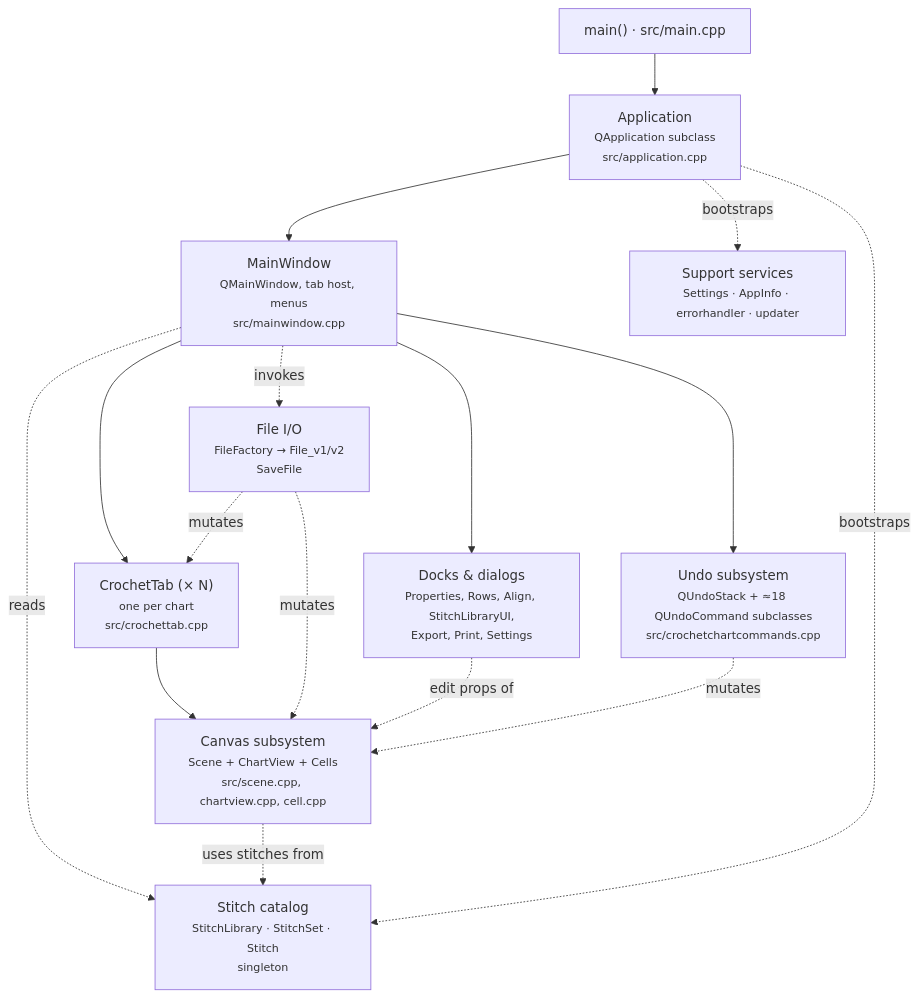
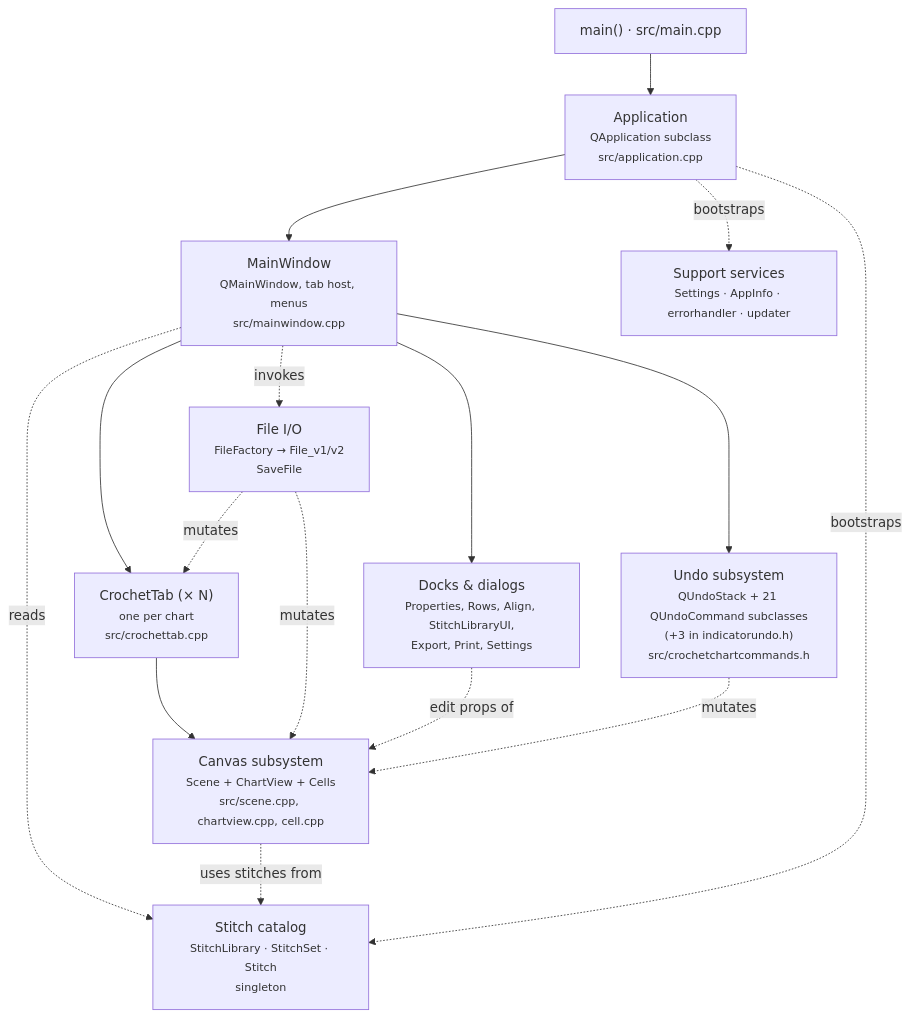
Before and after one commit to Bobsel/CrochetCharts: the second of 4 diagrams in docs/architecture/05-building-blocks.md, drawn with Mermaid. The commit also changed other lines of this file and 8 other files, not shown here.

First line of the commit message:
docs(architecture): sync arc42 with current code state

````diff
--- a/docs/architecture/05-building-blocks.md
+++ b/docs/architecture/05-building-blocks.md
@@ -29,29 +29,29 @@
 ```mermaid
 flowchart TB
     main["main() · src/main.cpp"]
     app["Application<br/><small>QApplication subclass<br/>src/application.cpp</small>"]
     mw["MainWindow<br/><small>QMainWindow, tab host, menus<br/>src/mainwindow.cpp</small>"]
     tab["CrochetTab (× N)<br/><small>one per chart<br/>src/crochettab.cpp</small>"]
     canvas["Canvas subsystem<br/><small>Scene + ChartView + Cells<br/>src/scene.cpp, chartview.cpp, cell.cpp</small>"]
     library["Stitch catalog<br/><small>StitchLibrary · StitchSet · Stitch<br/>singleton</small>"]
     io["File I/O<br/><small>FileFactory → File_v1/v2<br/>SaveFile</small>"]
-    undo["Undo subsystem<br/><small>QUndoStack + ≈18 QUndoCommand subclasses<br/>src/crochetchartcommands.cpp</small>"]
+    undo["Undo subsystem<br/><small>QUndoStack + 21 QUndoCommand subclasses<br/>(+3 in indicatorundo.h)<br/>src/crochetchartcommands.h</small>"]
     docks["Docks & dialogs<br/><small>Properties, Rows, Align, StitchLibraryUI,<br/>Export, Print, Settings</small>"]
     support["Support services<br/><small>Settings · AppInfo · errorhandler · updater</small>"]
 
     main --> app
     app --> mw
     mw --> tab
     tab --> canvas
     mw --> docks
     mw --> undo
     mw -.reads.-> library
     canvas -.uses stitches from.-> library
     mw -.invokes.-> io
     io -.mutates.-> tab
     io -.mutates.-> canvas
     docks -.edit props of.-> canvas
     undo -.mutates.-> canvas
     app -.bootstraps.-> library
     app -.bootstraps.-> support
 ```
````
